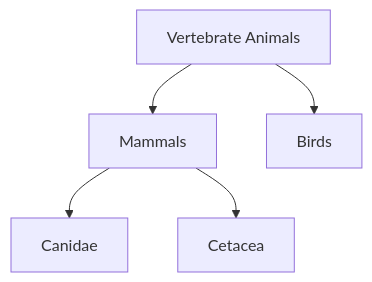
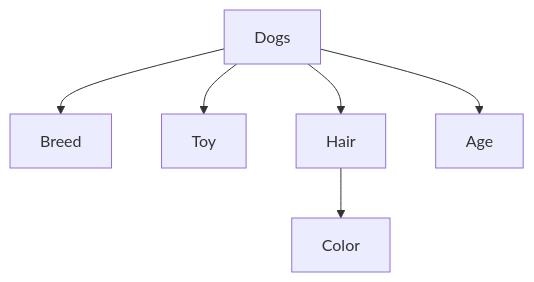
The diagram in tribe_blog/2_schema_engineering.md (HK3-Lab-Team/StructuredGenTutorial), drawn with Mermaid before and after one commit. The commit also changed other lines of this file, not shown here.

Commit message:
Modified Schema Engineering (Blog 2)

````diff
--- a/tribe_blog/2_schema_engineering.md
+++ b/tribe_blog/2_schema_engineering.md
@@ -82,8 +193,9 @@
 ```mermaid
 flowchart TD
-    A[Vertebrate Animals]
-    A --> D[Mammals]
-    D --> E[Canidae]
-    D --> G[Cetacea]
-    A --> H[Birds] 
+    A[Dogs]
+    A --> B[Breed]
+    A --> C[Toy]
+    A --> D[Hair] 
+    D --> E[Color] 
+    A --> F[Age] 
 ```
````
